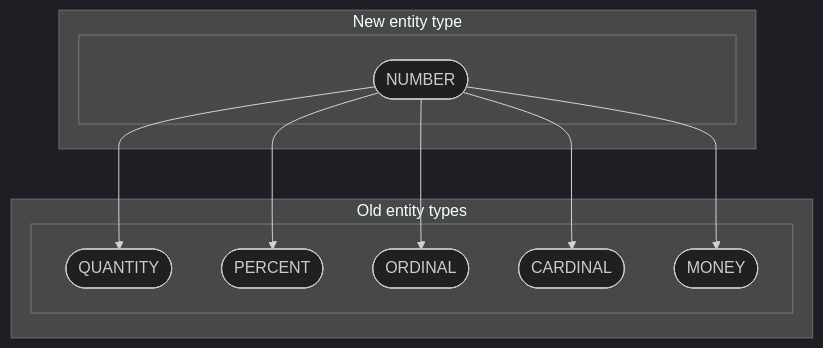
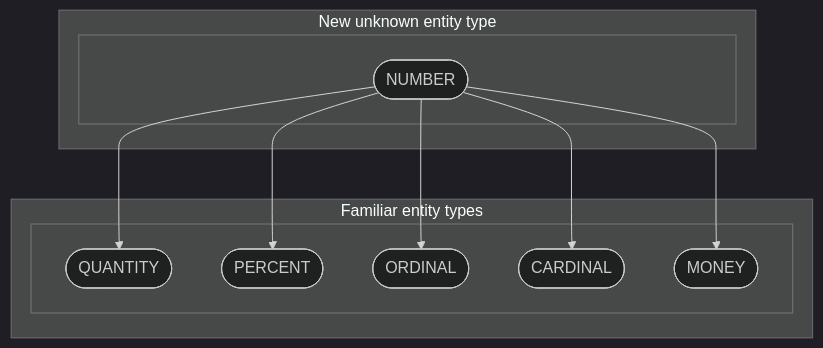
Before and after one commit to phos-phophy/creed: the first of 3 diagrams in README.md, drawn with Mermaid (dark theme). The commit also changed other lines of this file, not shown here.

````diff
--- a/README.md
+++ b/README.md
@@ -34,19 +34,19 @@
 ```mermaid
 flowchart TB
-    subgraph a["New entity type"]
+    subgraph a["New unknown entity type"]
         subgraph b[" "]
 
             num([NUMBER])
         end
     end
-    subgraph c["Old entity types"]
+    subgraph c["Familiar entity types"]
         subgraph d[" "]
 
             num(["NUMBER"]) --> quantity(["QUANTITY"])
             num(["NUMBER"]) --> percent(["PERCENT"])
             num(["NUMBER"]) --> ordinal(["ORDINAL"])
             num(["NUMBER"]) --> cardinal(["CARDINAL"])
             num(["NUMBER"]) --> money(["MONEY"])
         end
     end
 ```
````
